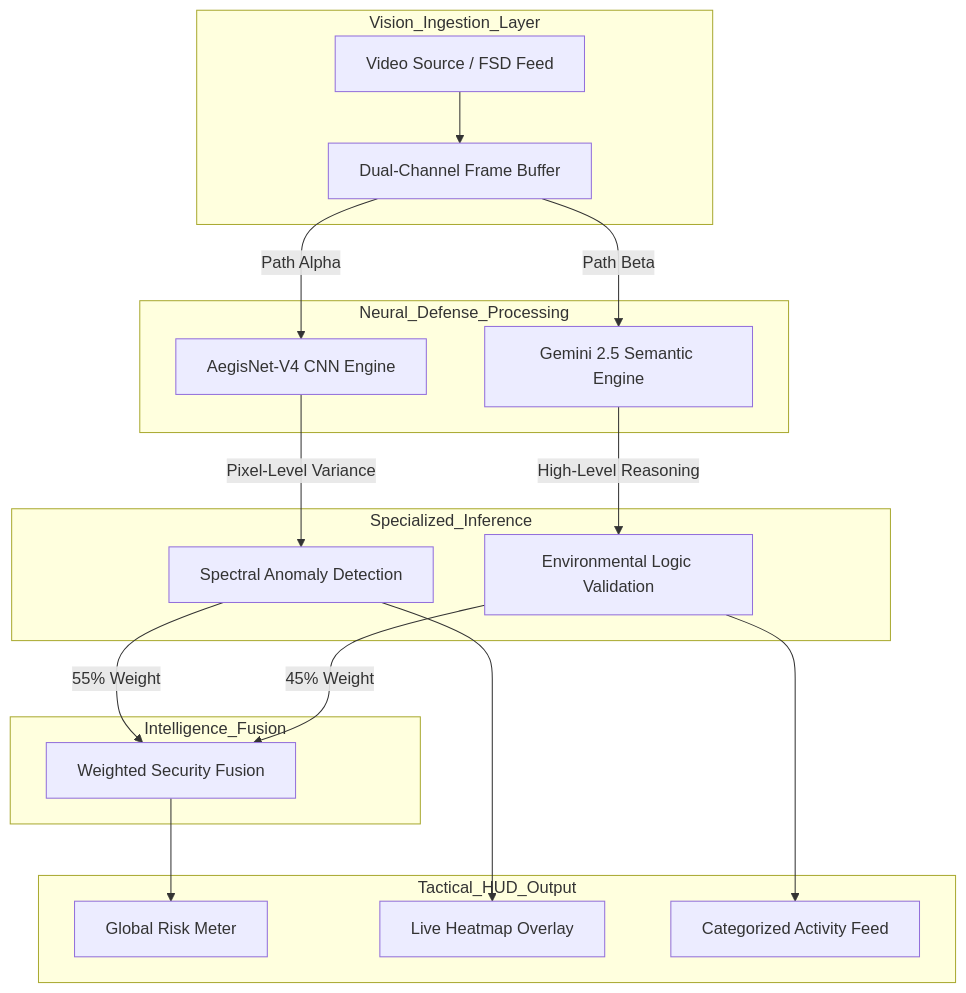
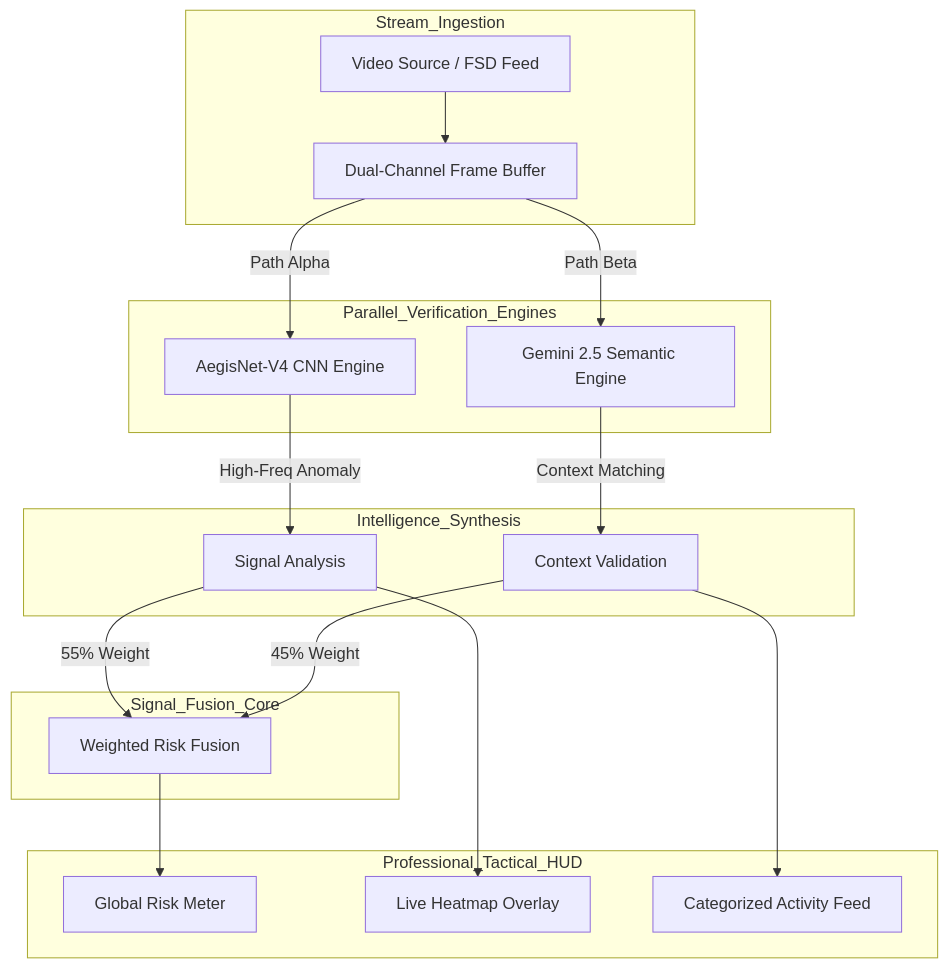
Before and after one commit to ritvikindupuri/FSD_Security: the first of 3 diagrams in documentation.md, drawn with Mermaid. The commit also changed other lines of this file, not shown here.

````diff
--- a/documentation.md
+++ b/documentation.md
@@ -30,27 +42,27 @@
 ```mermaid
 graph TD
-    subgraph Vision_Ingestion_Layer
+    subgraph Stream_Ingestion
     VS[Video Source / FSD Feed] --> FB[Dual-Channel Frame Buffer]
     end
     
-    subgraph Neural_Defense_Processing
+    subgraph Parallel_Verification_Engines
     FB --> |Path Alpha| CNN[AegisNet-V4 CNN Engine]
     FB --> |Path Beta| GEM[Gemini 2.5 Semantic Engine]
     end
     
-    subgraph Specialized_Inference
-    CNN --> |Pixel-Level Variance| SA[Spectral Anomaly Detection]
-    GEM --> |High-Level Reasoning| CV[Environmental Logic Validation]
+    subgraph Intelligence_Synthesis
+    CNN --> |High-Freq Anomaly| SA[Signal Analysis]
+    GEM --> |Context Matching| CV[Context Validation]
     end
     
-    subgraph Intelligence_Fusion
-    SA --> |55% Weight| FUS[Weighted Security Fusion]
+    subgraph Signal_Fusion_Core
+    SA --> |55% Weight| FUS[Weighted Risk Fusion]
     CV --> |45% Weight| FUS
     end
     
-    subgraph Tactical_HUD_Output
+    subgraph Professional_Tactical_HUD
     FUS --> RM[Global Risk Meter]
     SA --> HM[Live Heatmap Overlay]
     CV --> AF[Categorized Activity Feed]
     end
 ```
````
